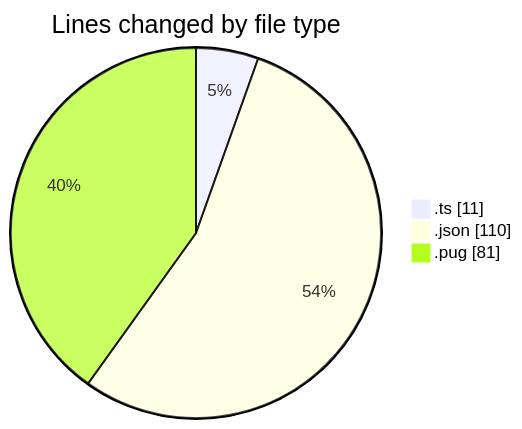
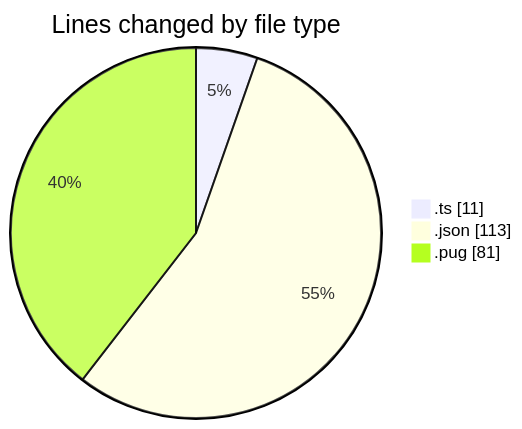
One commit to momahboobian/code-tracking changed the first of 2 diagrams in 2025-02-24/cda/README.md. Above: the diagram before and after it, drawn with Mermaid. The commit also changed other lines of this file and 1 other file, not shown here.

````diff
--- a/2025-02-24/cda/README.md
+++ b/2025-02-24/cda/README.md
@@ -27,7 +27,7 @@
 ```mermaid
 pie showData
 title Lines changed by file type
 ".ts" : 11
-".json" : 110
+".json" : 113
 ".pug" : 81
 ```
````
